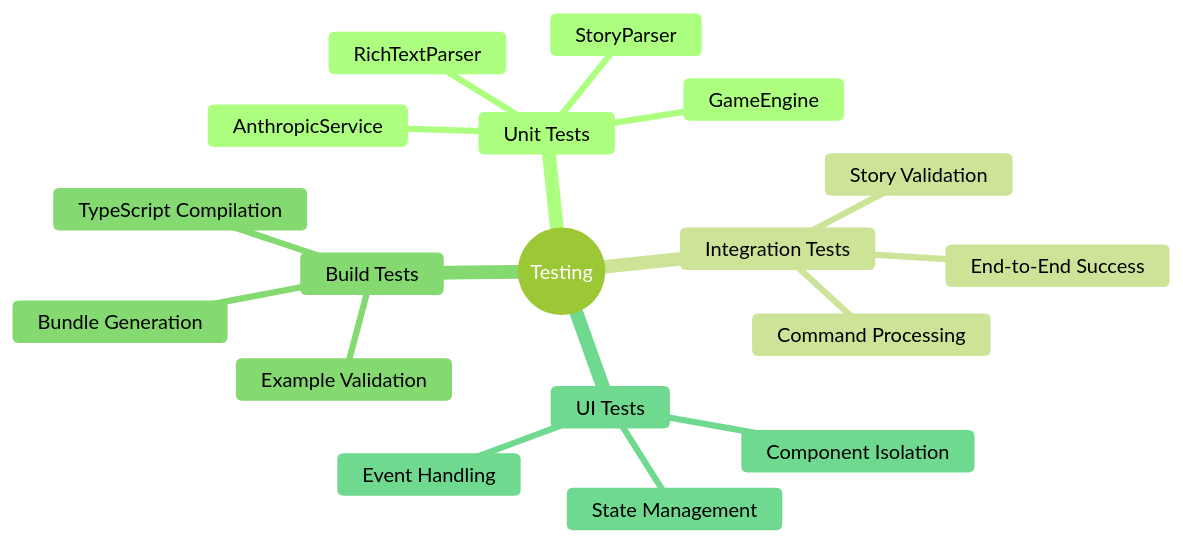
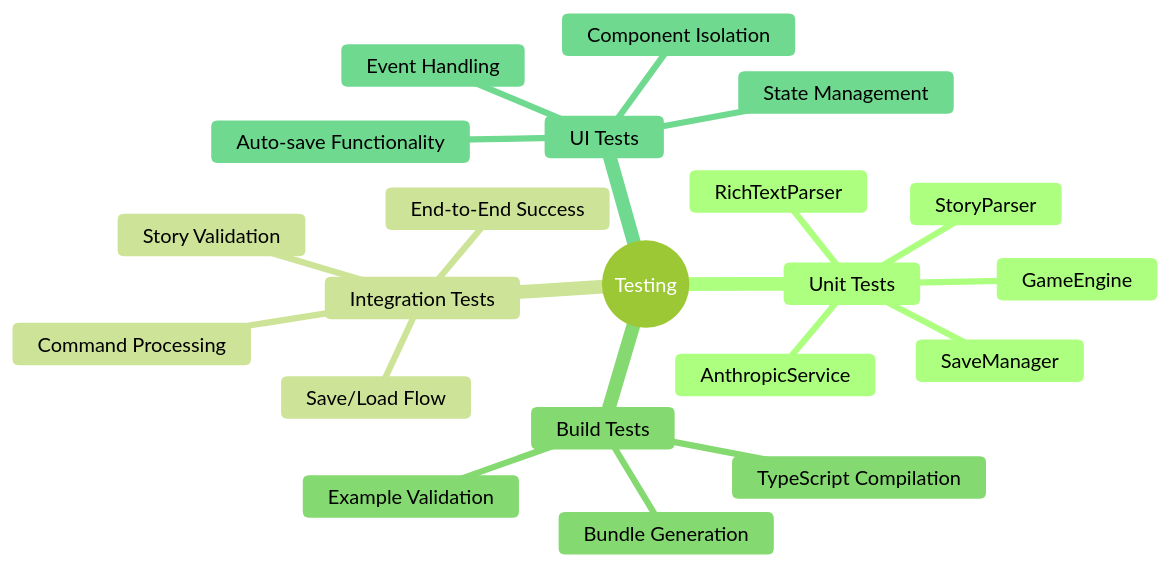
Before and after one commit to indraastra/iffy: diagram 11 of 12 in docs/architecture.md, drawn with Mermaid (forest theme). The commit also changed other lines of this file and 6 other files, not shown here.

First line of the commit message:
Enhanced Save System: Complete History + Auto-Save + Recovery (#14 Phase 1) (#18)

````diff
--- a/docs/architecture.md
+++ b/docs/architecture.md
@@ -340,21 +448,24 @@
 ```mermaid
 mindmap
   root((Testing))
     Unit Tests
       StoryParser
       GameEngine
       AnthropicService
       RichTextParser
+      SaveManager
     Integration Tests
       End-to-End Success
       Story Validation
       Command Processing
+      Save/Load Flow
     Build Tests
       Example Validation
       Bundle Generation
       TypeScript Compilation
     UI Tests
       Component Isolation
       Event Handling
       State Management
+      Auto-save Functionality
 ```
````
